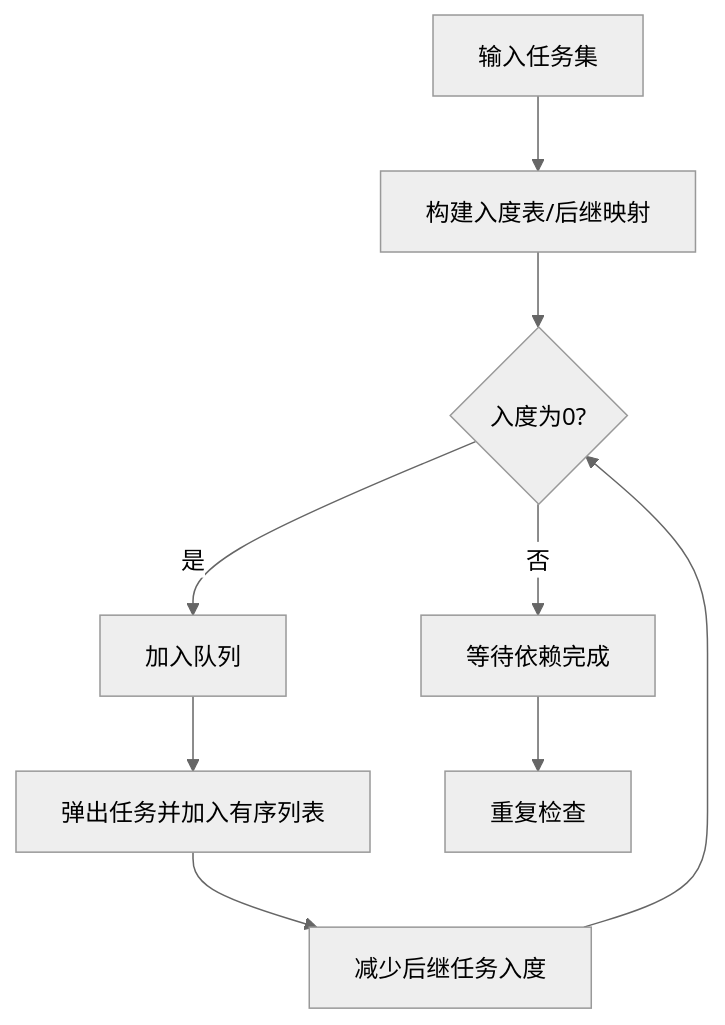
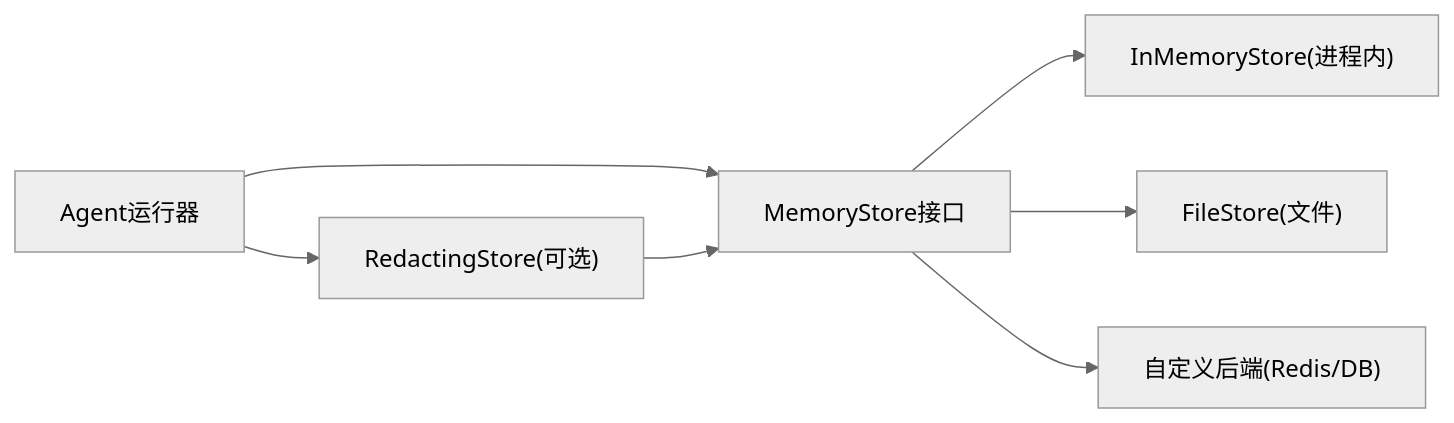
The fifth of 9 diagrams in .qoder/repowiki/zh/content/核心概念/核心概念.md (haolange/open-multi-agent), drawn with Mermaid (neutral theme) before and after one commit. The commit also changed other lines of this file and 293 other files, not shown here.

````diff
--- a/.qoder/repowiki/zh/content/核心概念/核心概念.md
+++ b/.qoder/repowiki/zh/content/核心概念/核心概念.md
@@ -192,11 +202,9 @@
 ```mermaid
-flowchart TD
-A["输入任务集"] --> B["构建入度表/后继映射"]
-B --> C{"入度为0?"}
-C --> |是| D["加入队列"]
-C --> |否| E["等待依赖完成"]
-D --> F["弹出任务并加入有序列表"]
-F --> G["减少后继任务入度"]
-G --> C
-E --> H["重复检查"]
+graph LR
+A["Agent运行器"] --> B["MemoryStore接口"]
+B --> C["InMemoryStore(进程内)"]
+B --> D["FileStore(文件)"]
+B --> E["自定义后端(Redis/DB)"]
+A --> F["RedactingStore(可选)"]
+F --> B
 ```
````
